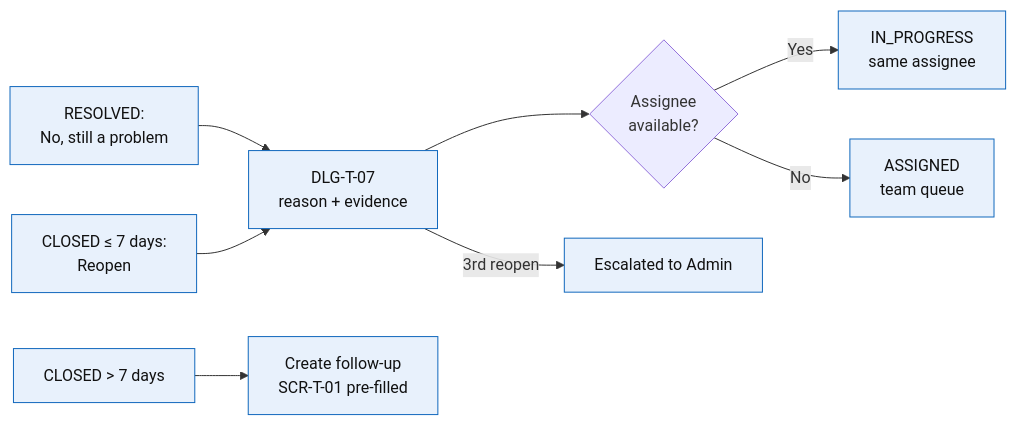
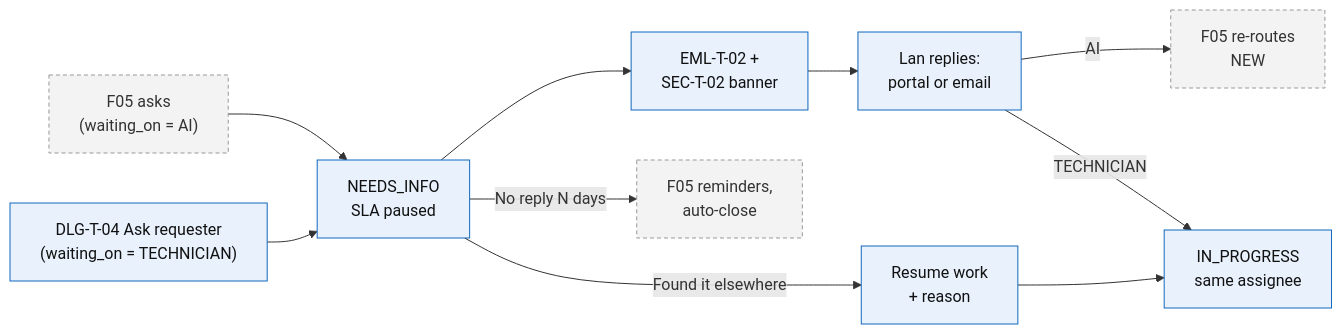
The fifth of 7 diagrams in docs/f03-ticket-management/information-architecture/03-user-flows.md (Akaza-ban/Fable), drawn with Mermaid before and after one commit. The commit also changed other lines of this file and 9 other files, not shown here.

Commit message:
docs: align with mindmap

````diff
--- a/docs/f03-ticket-management/information-architecture/03-user-flows.md
+++ b/docs/f03-ticket-management/information-architecture/03-user-flows.md
@@ -118,13 +123,17 @@
 ```mermaid
 flowchart LR
-    a["RESOLVED:<br/>No, still a problem"] --> c["DLG-T-07<br/>reason + evidence"]
-    b["CLOSED ≤ 7 days:<br/>Reopen"] --> c
-    c --> d{"Assignee<br/>available?"}
-    d -- "Yes" --> e["IN_PROGRESS<br/>same assignee"]
-    d -- "No" --> f["ASSIGNED<br/>team queue"]
-    c -- "3rd reopen" --> g["Escalated to Admin"]
-    h["CLOSED > 7 days"] --> i["Create follow-up<br/>SCR-T-01 pre-filled"]
+    a["F05 asks<br/>(waiting_on = AI)"] --> c["NEEDS_INFO<br/>SLA paused"]
+    b["DLG-T-04 Ask requester<br/>(waiting_on = TECHNICIAN)"] --> c
+    c --> d["EML-T-02 +<br/>SEC-T-02 banner"]
+    d --> e["Lan replies:<br/>portal or email"]
+    e -- "AI" --> f["F05 re-routes<br/>NEW"]
+    e -- "TECHNICIAN" --> g["IN_PROGRESS<br/>same assignee"]
+    c -- "Found it elsewhere" --> h["Resume work<br/>+ reason"]
+    h --> g
+    c -- "No reply N days" --> i["F05 reminders,<br/>auto-close"]
 
     classDef f03 fill:#e8f1fc,color:#111,stroke:#1168bd
-    class a,b,c,e,f,g,h,i f03
+    classDef other fill:#f3f3f3,color:#333,stroke:#999,stroke-dasharray:4 3
+    class b,c,d,e,g,h f03
+    class a,f,i other
 ```
````
